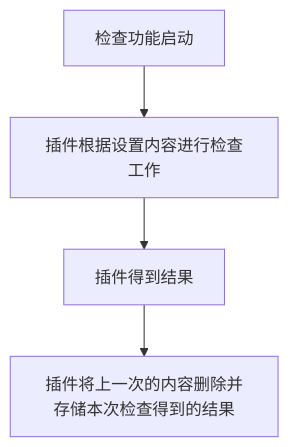
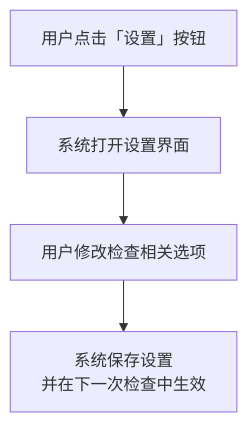
One commit to Aldebaran638/Doc-Doctor changed the seventh of 9 diagrams in RequirementDocument/需求文档.md. Above: the diagram before and after it, drawn with Mermaid. The commit also changed other lines of this file, not shown here.

````diff
--- a/RequirementDocument/需求文档.md
+++ b/RequirementDocument/需求文档.md
@@ -262,6 +357,7 @@
 ```mermaid
 flowchart TD
-    A[检查功能启动] --> B[插件根据设置内容进行检查工作]
-    B --> C[插件得到结果]
-    C --> D[插件将上一次的内容删除并存储本次检查得到的结果]
+    A[用户点击「设置」按钮] --> B[系统打开设置界面]
+    B --> C[用户修改检查相关选项]
+    C --> D[系统保存设置
+并在下一次检查中生效]
 ```
````
